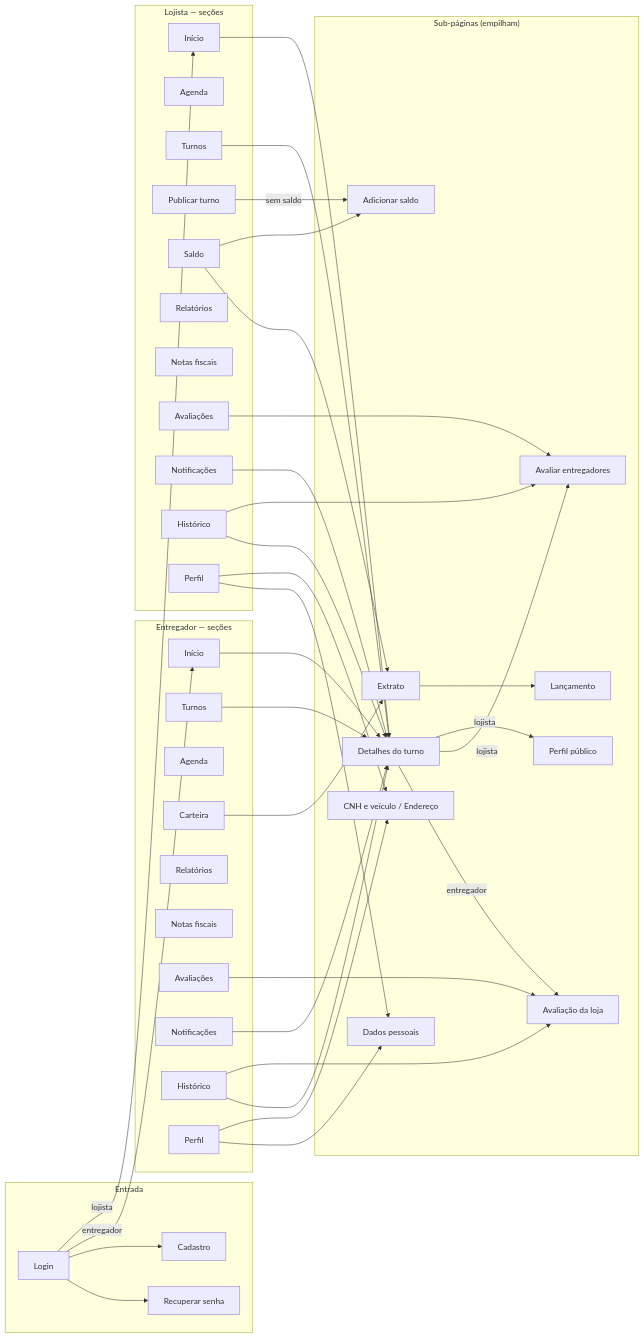
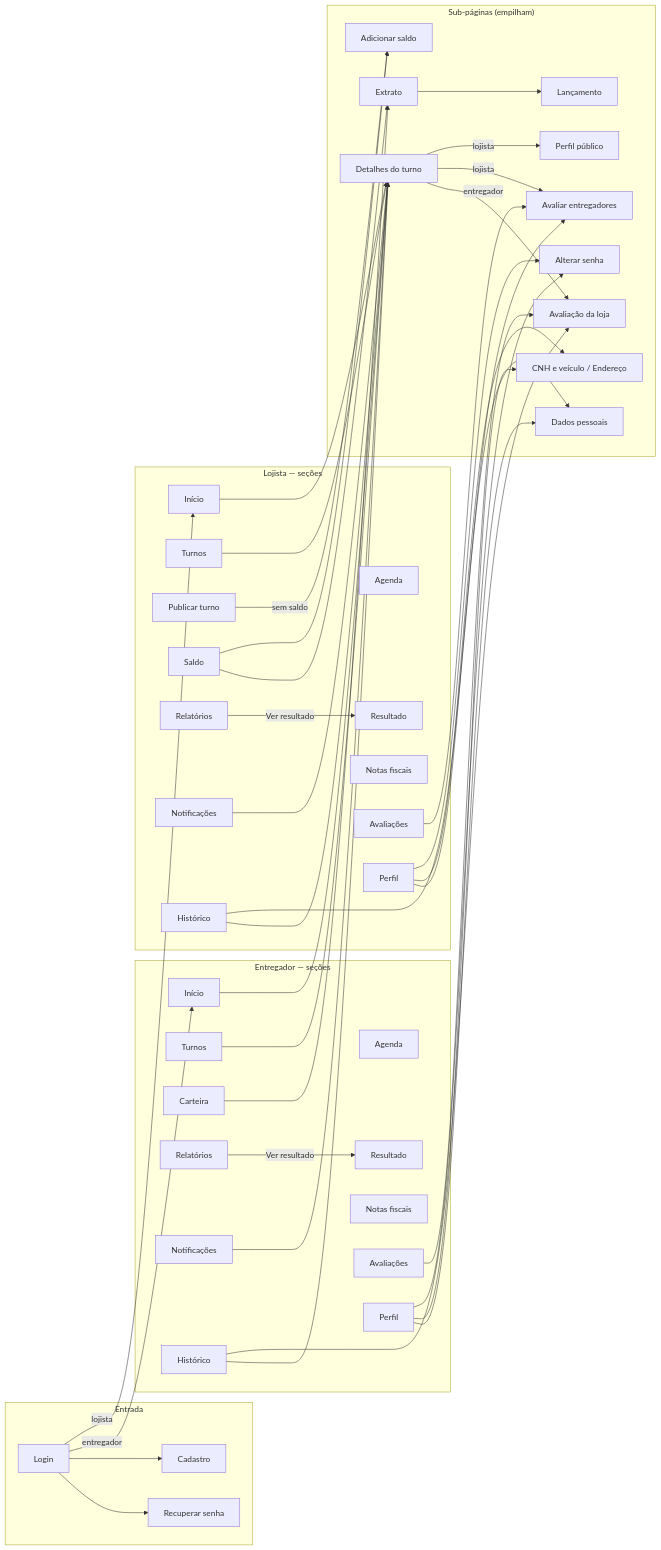
Before and after one commit to matheus-silverio-silva/motoshift: the diagram in docs/ux/NAVEGACAO.md, drawn with Mermaid. The commit also changed other lines of this file and 58 other files, not shown here.

````diff
--- a/docs/ux/NAVEGACAO.md
+++ b/docs/ux/NAVEGACAO.md
@@ -62,62 +62,68 @@
 ```mermaid
 flowchart LR
   subgraph Entrada
     login[Login] --> esqueceu[Recuperar senha]
     login --> cadastro[Cadastro]
   end
 
   subgraph "Entregador — seções"
     mInicio[Início]
     mTurnos[Turnos]
     mAgenda[Agenda]
     mCarteira[Carteira]
     mRelatorios[Relatórios]
+    mResultado[Resultado]
     mNotas[Notas fiscais]
     mAval[Avaliações]
     mNotif[Notificações]
     mHist[Histórico]
     mPerfil[Perfil]
   end
 
   subgraph "Lojista — seções"
     lInicio[Início]
     lAgenda[Agenda]
     lTurnos[Turnos]
     lPublicar[Publicar turno]
     lSaldo[Saldo]
     lRelatorios[Relatórios]
+    lResultado[Resultado]
     lNotas[Notas fiscais]
     lAval[Avaliações]
     lNotif[Notificações]
     lHist[Histórico]
     lPerfil[Perfil]
   end
 
   subgraph "Sub-páginas (empilham)"
     detalhe[Detalhes do turno]
     avaliacao[Avaliação da loja]
     avaliarEnt[Avaliar entregadores]
     perfilPub[Perfil público]
     extrato[Extrato] --> lanc[Lançamento]
     recarga[Adicionar saldo]
     dados[Dados pessoais]
     cnh[CNH e veículo / Endereço]
+    senha[Alterar senha]
   end
 
   login -->|entregador| mInicio
   login -->|lojista| lInicio
 
   mInicio & mTurnos & mHist & mNotif --> detalhe
   lInicio & lTurnos & lHist & lNotif --> detalhe
   detalhe -->|entregador| avaliacao
   detalhe -->|lojista| avaliarEnt
   detalhe -->|lojista| perfilPub
   mAval & mHist --> avaliacao
   lAval & lHist --> avaliarEnt
   mCarteira --> extrato
   lSaldo --> extrato
   lSaldo --> recarga
   lPublicar -->|sem saldo| recarga
   mPerfil & lPerfil --> dados
   mPerfil & lPerfil --> cnh
+  mPerfil & lPerfil --> senha
+  mRelatorios -->|"Ver resultado"| mResultado
+  lRelatorios -->|"Ver resultado"| lResultado
 ```
````
